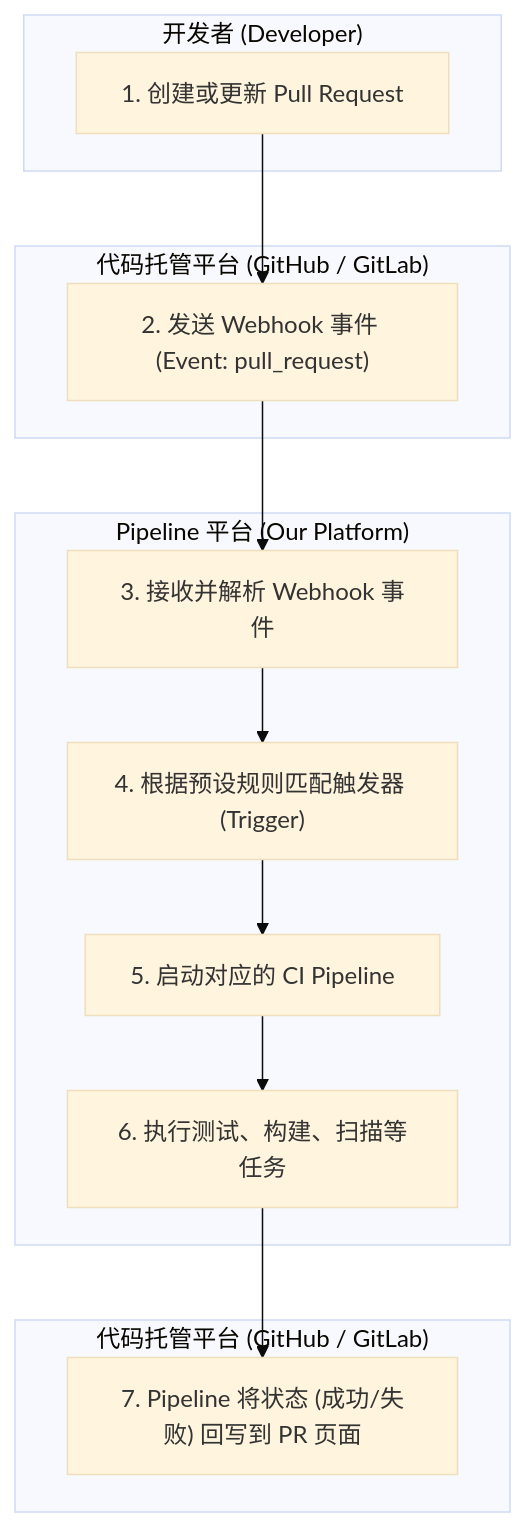
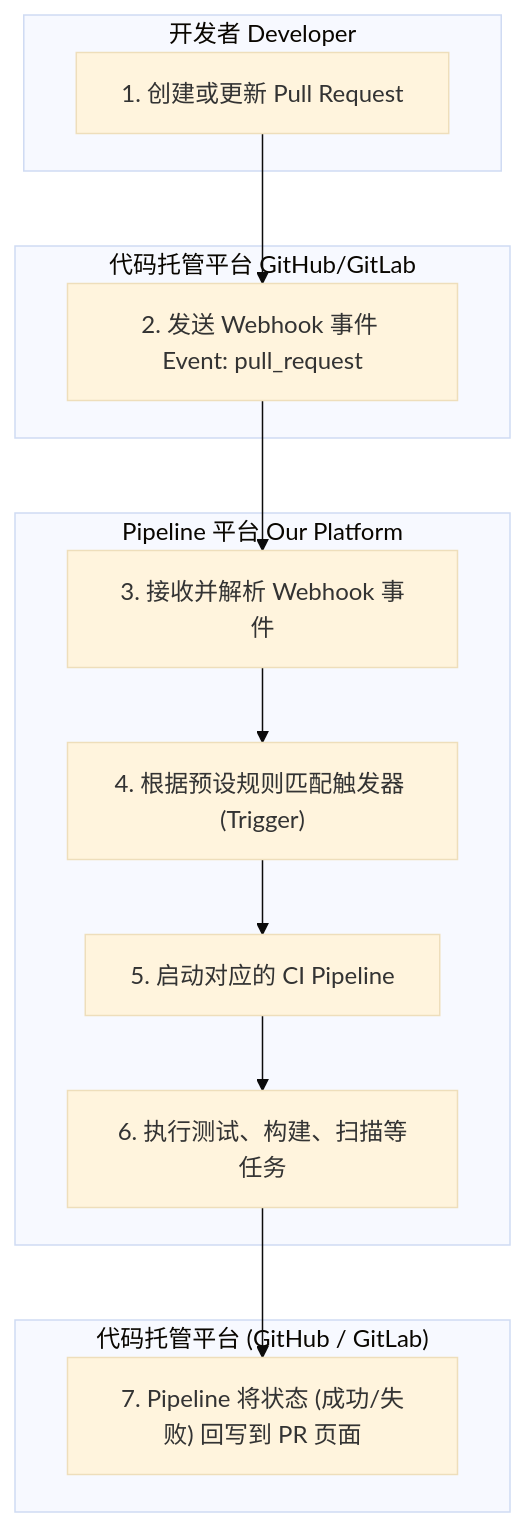
The diagram in pipeline/trigger-pipeline-gemini.md (aibangjuxin/knowledge), drawn with Mermaid (base theme) before and after one commit. The commit also changed 3 other files, not shown here.

Commit message:
This is for my macOS git push or pull at Sat Nov  8 10:44:50 CST 2025. Last changed file: verify-search.md

````diff
--- a/pipeline/trigger-pipeline-gemini.md
+++ b/pipeline/trigger-pipeline-gemini.md
@@ -25,28 +25,28 @@
 ```mermaid
 graph TD
-    subgraph "开发者 (Developer)"
+    subgraph "开发者 Developer"
         A["1. 创建或更新 Pull Request"]
     end
 
-    subgraph "代码托管平台 (GitHub / GitLab)"
-        B["2. 发送 Webhook 事件 (Event: pull_request)"]
+    subgraph "代码托管平台 GitHub/GitLab"
+        B["2. 发送 Webhook 事件 Event: pull_request"]
     end
 
-    subgraph "Pipeline 平台 (Our Platform)"
+    subgraph "Pipeline 平台 Our Platform"
         C["3. 接收并解析 Webhook 事件"]
         D["4. 根据预设规则匹配触发器 (Trigger)"]
         E["5. 启动对应的 CI Pipeline"]
         F["6. 执行测试、构建、扫描等任务"]
     end
 
     subgraph "代码托管平台 (GitHub / GitLab)"
         G["7. Pipeline 将状态 (成功/失败) 回写到 PR 页面"]
     end
 
     A --> B
     B --> C
     C --> D
     D --> E
     E --> F
     F --> G
 ```
````
